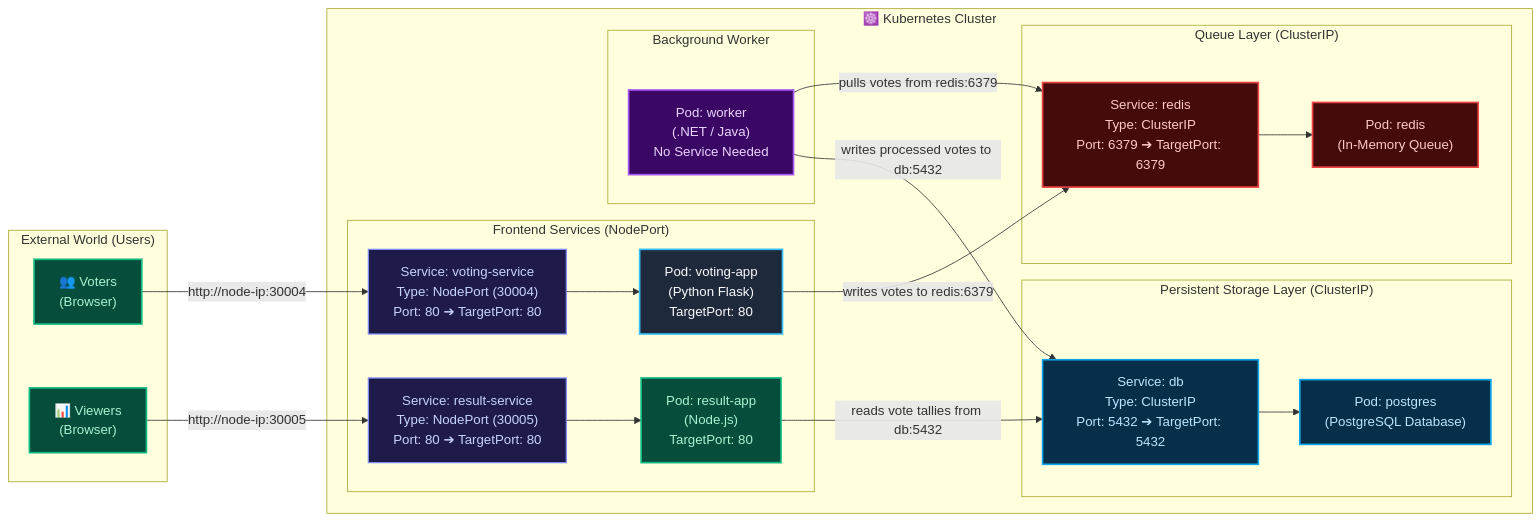
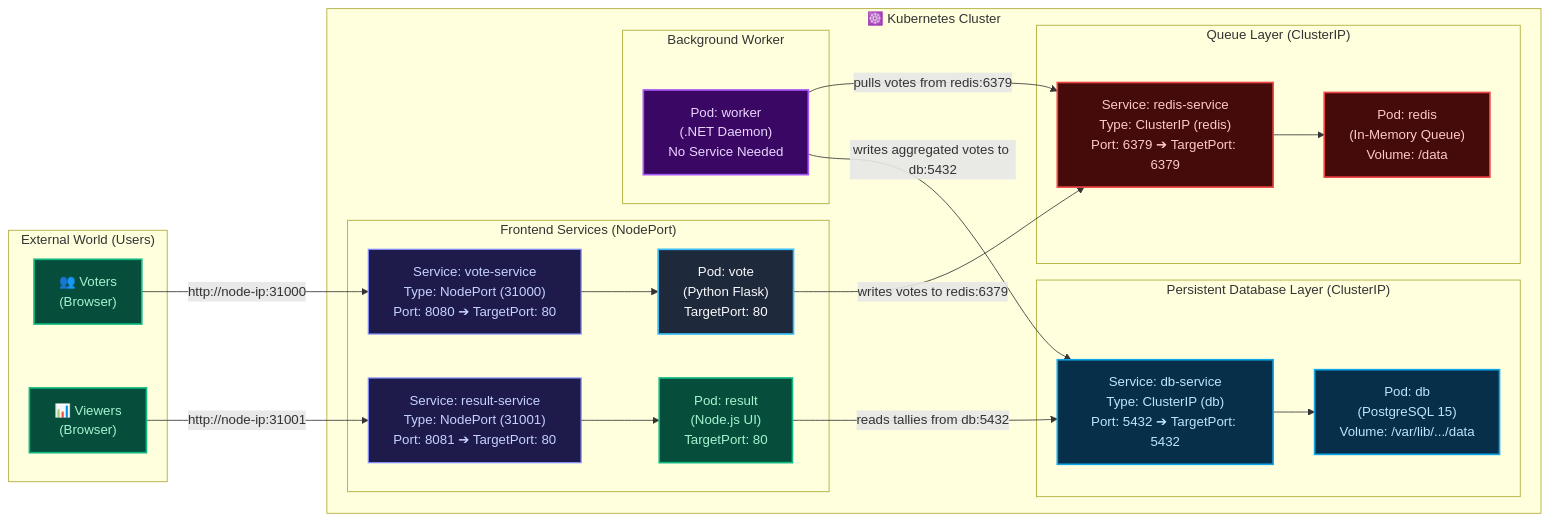
The diagram in day-42/README.md (yesith-sri/Kubernates-For-Beginners), drawn with Mermaid before and after one commit. The commit also changed other lines of this file and 16 other files, not shown here.

Commit message:
feat: align Day 42 with official KodeKloud k8s-specifications (exact 9 YAML manifests, ports, and diagram)

````diff
--- a/day-42/README.md
+++ b/day-42/README.md
@@ -17,52 +15,52 @@
 ```mermaid
 flowchart LR
     subgraph External["External World (Users)"]
         Voters["👥 Voters\n(Browser)"]
         Viewers["📊 Viewers\n(Browser)"]
     end
 
     subgraph K8s["☸️ Kubernetes Cluster"]
         subgraph Frontends["Frontend Services (NodePort)"]
-            VoteSVC["Service: voting-service\nType: NodePort (30004)\nPort: 80 ➔ TargetPort: 80"]
-            VotePod["Pod: voting-app\n(Python Flask)\nTargetPort: 80"]
+            VoteSVC["Service: vote-service\nType: NodePort (31000)\nPort: 8080 ➔ TargetPort: 80"]
+            VotePod["Pod: vote\n(Python Flask)\nTargetPort: 80"]
 
-            ResultSVC["Service: result-service\nType: NodePort (30005)\nPort: 80 ➔ TargetPort: 80"]
-            ResultPod["Pod: result-app\n(Node.js)\nTargetPort: 80"]
+            ResultSVC["Service: result-service\nType: NodePort (31001)\nPort: 8081 ➔ TargetPort: 80"]
+            ResultPod["Pod: result\n(Node.js UI)\nTargetPort: 80"]
         end
 
         subgraph InQueue["Queue Layer (ClusterIP)"]
-            RedisSVC["Service: redis\nType: ClusterIP\nPort: 6379 ➔ TargetPort: 6379"]
-            RedisPod["Pod: redis\n(In-Memory Queue)"]
+            RedisSVC["Service: redis-service\nType: ClusterIP (redis)\nPort: 6379 ➔ TargetPort: 6379"]
+            RedisPod["Pod: redis\n(In-Memory Queue)\nVolume: /data"]
         end
 
         subgraph Processing["Background Worker"]
-            WorkerPod["Pod: worker\n(.NET / Java)\nNo Service Needed"]
+            WorkerPod["Pod: worker\n(.NET Daemon)\nNo Service Needed"]
         end
 
-        subgraph Database["Persistent Storage Layer (ClusterIP)"]
-            DBSVC["Service: db\nType: ClusterIP\nPort: 5432 ➔ TargetPort: 5432"]
-            DBPod["Pod: postgres\n(PostgreSQL Database)"]
+        subgraph Database["Persistent Database Layer (ClusterIP)"]
+            DBSVC["Service: db-service\nType: ClusterIP (db)\nPort: 5432 ➔ TargetPort: 5432"]
+            DBPod["Pod: db\n(PostgreSQL 15)\nVolume: /var/lib/.../data"]
         end
     end
 
-    Voters -->|http://node-ip:30004| VoteSVC --> VotePod
+    Voters -->|http://node-ip:31000| VoteSVC --> VotePod
     VotePod -->|writes votes to redis:6379| RedisSVC --> RedisPod
     WorkerPod -->|pulls votes from redis:6379| RedisSVC
-    WorkerPod -->|writes processed votes to db:5432| DBSVC --> DBPod
-    ResultPod -->|reads vote tallies from db:5432| DBSVC
-    Viewers -->|http://node-ip:30005| ResultSVC --> ResultPod
+    WorkerPod -->|writes aggregated votes to db:5432| DBSVC --> DBPod
+    ResultPod -->|reads tallies from db:5432| DBSVC
+    Viewers -->|http://node-ip:31001| ResultSVC --> ResultPod
 
     classDef k8s fill:#1e293b,stroke:#38bdf8,stroke-width:2px,color:#f8fafc;
     classDef svc fill:#1e1b4b,stroke:#818cf8,stroke-width:1.5px,color:#c7d2fe;
     classDef redis fill:#450a0a,stroke:#ef4444,stroke-width:2px,color:#fecaca;
     classDef db fill:#082f49,stroke:#0ea5e9,stroke-width:2px,color:#bae6fd;
     classDef worker fill:#3b0764,stroke:#a855f7,stroke-width:2px,color:#e9d5ff;
     classDef node fill:#064e3b,stroke:#10b981,stroke-width:2px,color:#a7f3d0;
 
     class VotePod k8s;
     class VoteSVC,ResultSVC svc;
     class RedisPod,RedisSVC redis;
     class WorkerPod worker;
     class DBPod,DBSVC db;
     class ResultPod node;
 ```
````
